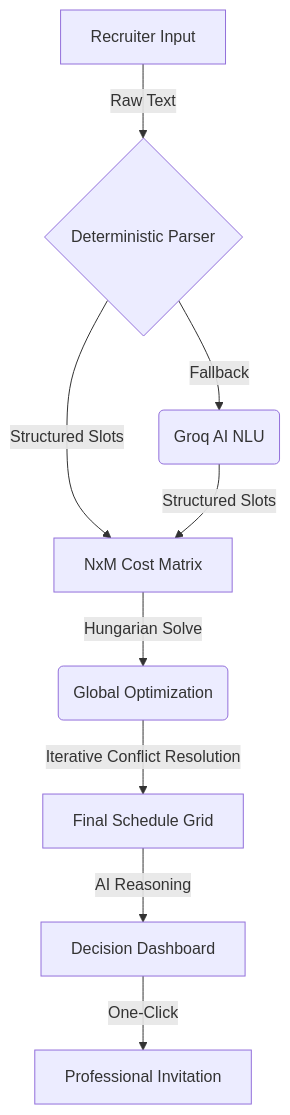
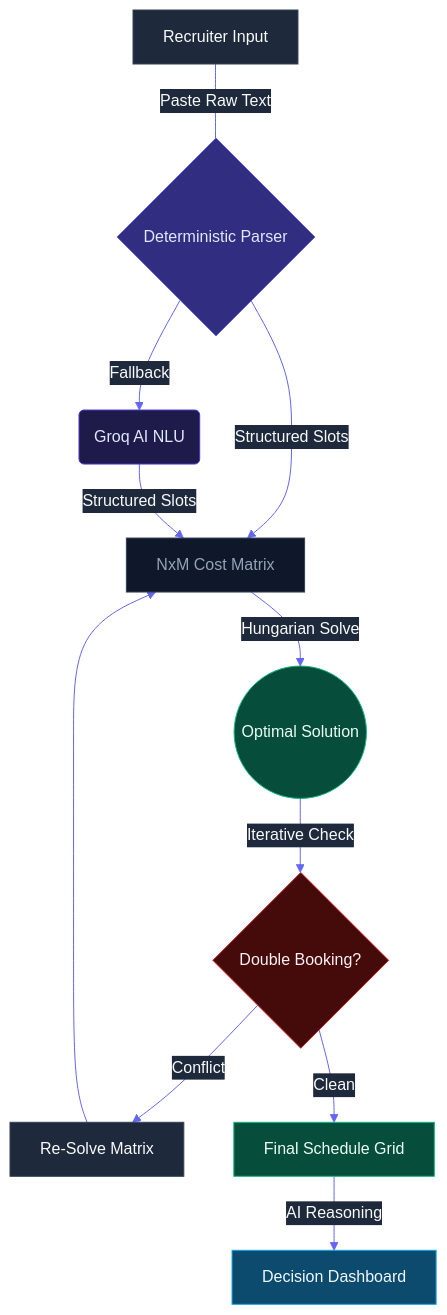
The diagram in README.md (RedLordezh7Venom/slotmaxxer), drawn with Mermaid before and after one commit.

Commit message:
[update] readme mermaid

````diff
--- a/README.md
+++ b/README.md
@@ -43,11 +43,37 @@
 ```mermaid
+%%{init: { 'theme': 'base', 'themeVariables': {
+    'primaryColor': '#1e293b',
+    'primaryTextColor': '#f8fafc',
+    'primaryBorderColor': '#334155',
+    'lineColor': '#6366f1',
+    'secondaryColor': '#0f172a',
+    'tertiaryColor': '#1e293b',
+    'mainBkg': '#0f172a',
+    'nodeBorder': '#334155',
+    'clusterBkg': '#0f172a',
+    'clusterBorder': '#334155',
+    'defaultLinkColor': '#6366f1',
+    'edgeLabelBackground':'#1e293b'
+}}}%%
 graph TD
-    A[Recruiter Input] -->|Raw Text| B{Deterministic Parser}
+    A[Recruiter Input] ---|Paste Raw Text| B{Deterministic Parser}
     B -->|Fallback| C(Groq AI NLU)
     B -->|Structured Slots| D[NxM Cost Matrix]
     C -->|Structured Slots| D
-    D -->|Hungarian Solve| E(Global Optimization)
-    E -->|Iterative Conflict Resolution| F[Final Schedule Grid]
-    F -->|AI Reasoning| G[Decision Dashboard]
-    G -->|One-Click| H[Professional Invitation]
+    D -->|Hungarian Solve| E((Optimal Solution))
+    E -->|Iterative Check| F{Double Booking?}
+    F -->|Conflict| G[Re-Solve Matrix]
+    G --> D
+    F -->|Clean| H[Final Schedule Grid]
+    H -->|AI Reasoning| I[Decision Dashboard]
+    
+    style A fill:#1e293b,stroke:#334155,color:#f8fafc
+    style B fill:#312e81,stroke:#6366f1,color:#e0e7ff
+    style C fill:#1e1b4b,stroke:#4338ca,color:#e0e7ff
+    style D fill:#0f172a,stroke:#334155,color:#94a3b8
+    style E fill:#064e3b,stroke:#10b981,color:#ecfdf5
+    style F fill:#450a0a,stroke:#dc2626,color:#fef2f2
+    style G fill:#1e293b,stroke:#334155,color:#f8fafc
+    style H fill:#064e3b,stroke:#10b981,color:#ecfdf5
+    style I fill:#0c4a6e,stroke:#0ea5e9,color:#f0f9ff
 ```
````
